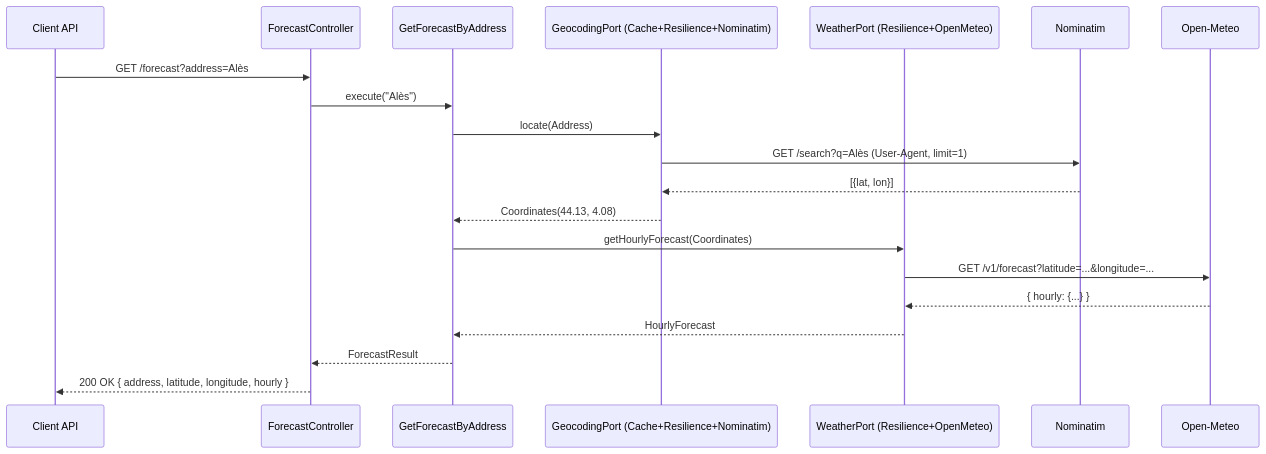
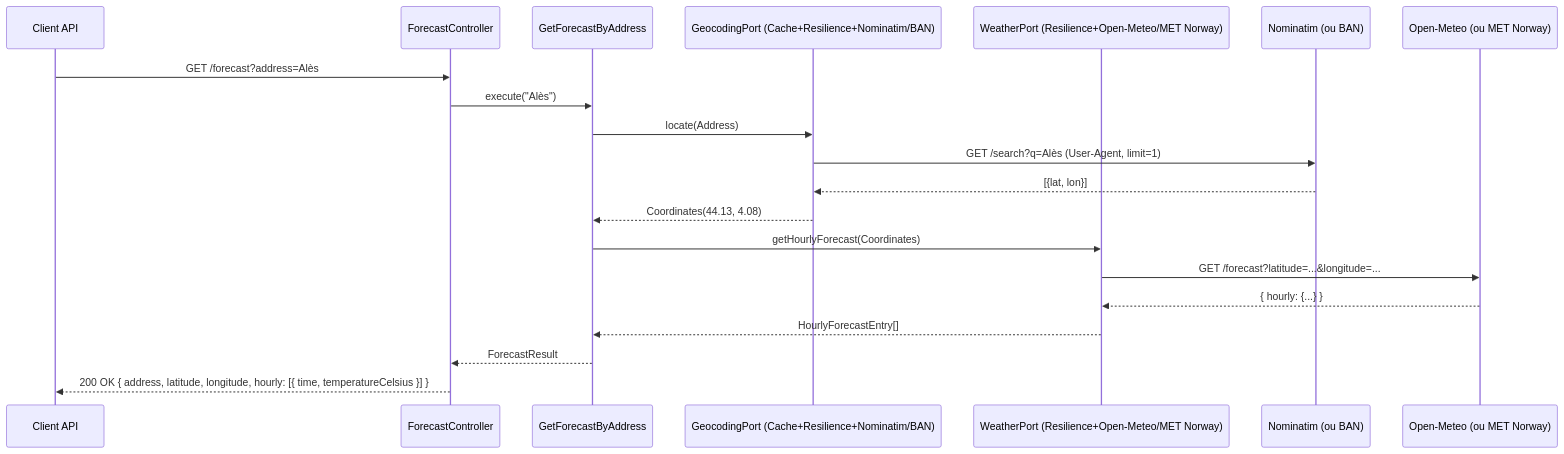
One commit to mesropaghumyan/9-3-1-GDRM-TP changed the third of 3 diagrams in docs/STD.md. Above: the diagram before and after it, drawn with Mermaid. The commit also changed other lines of this file and 51 other files, not shown here.

````diff
--- a/docs/STD.md
+++ b/docs/STD.md
@@ -717,23 +887,23 @@
 ```mermaid
 sequenceDiagram
     participant C as Client API
     participant API as ForecastController
     participant UC as GetForecastByAddress
-    participant GEO as GeocodingPort (Cache+Resilience+Nominatim)
-    participant MET as WeatherPort (Resilience+OpenMeteo)
-    participant NOM as Nominatim
-    participant OM as Open-Meteo
+    participant GEO as GeocodingPort (Cache+Resilience+Nominatim/BAN)
+    participant MET as WeatherPort (Resilience+Open-Meteo/MET Norway)
+    participant NOM as Nominatim (ou BAN)
+    participant OM as Open-Meteo (ou MET Norway)
 
     C->>API: GET /forecast?address=Alès
     API->>UC: execute("Alès")
     UC->>GEO: locate(Address)
     GEO->>NOM: GET /search?q=Alès (User-Agent, limit=1)
     NOM-->>GEO: [{lat, lon}]
     GEO-->>UC: Coordinates(44.13, 4.08)
     UC->>MET: getHourlyForecast(Coordinates)
-    MET->>OM: GET /v1/forecast?latitude=...&longitude=...
+    MET->>OM: GET /forecast?latitude=...&longitude=...
     OM-->>MET: { hourly: {...} }
-    MET-->>UC: HourlyForecast
+    MET-->>UC: HourlyForecastEntry[]
     UC-->>API: ForecastResult
-    API-->>C: 200 OK { address, latitude, longitude, hourly }
+    API-->>C: 200 OK { address, latitude, longitude, hourly: [{ time, temperatureCelsius }] }
 ```
````
